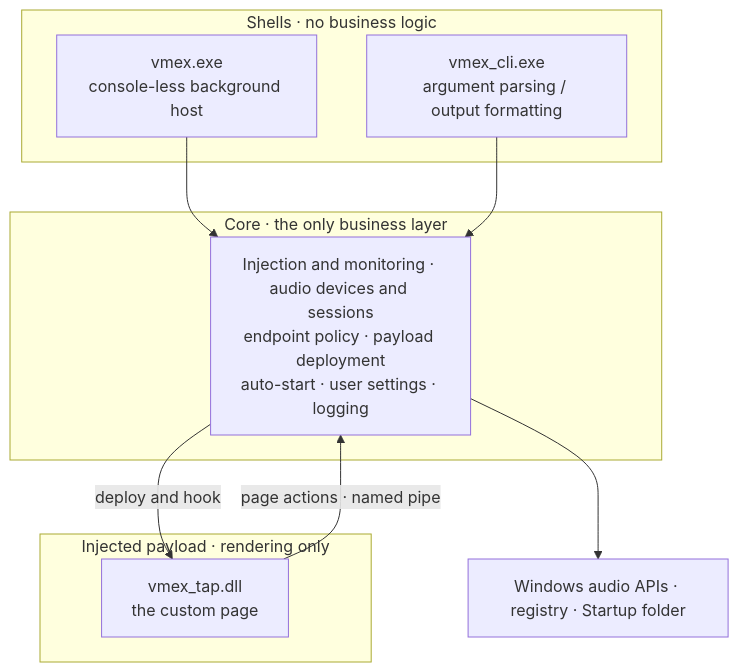
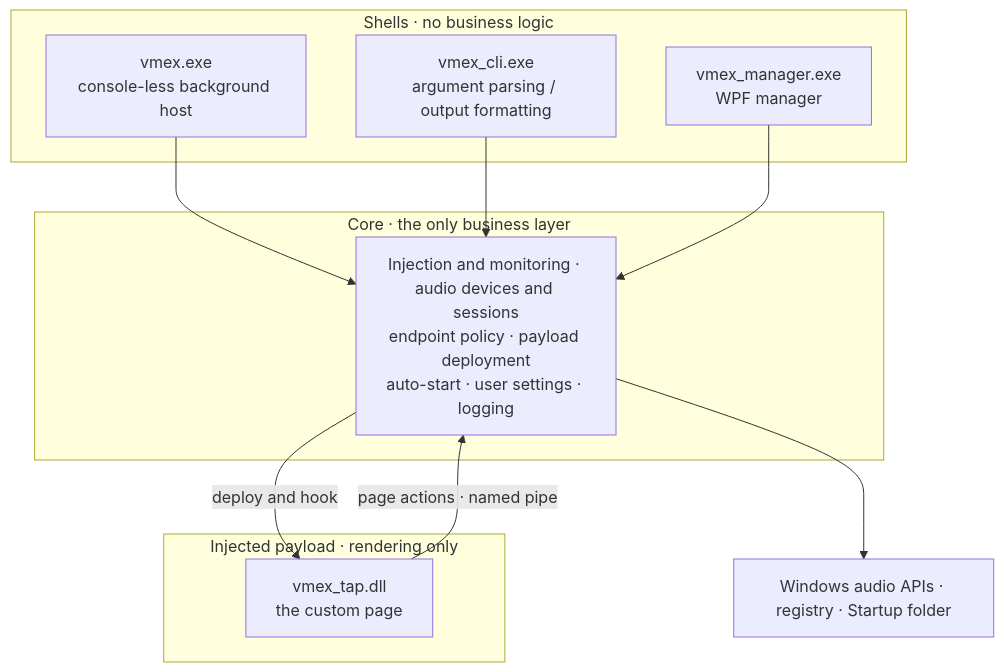
Before and after one commit to EricZhang233/VolumeMixerExtender: the diagram in .github/readme_res/readme_en.md, drawn with Mermaid. The commit also changed other lines of this file and 36 other files, not shown here.

````diff
--- a/.github/readme_res/readme_en.md
+++ b/.github/readme_res/readme_en.md
@@ -148,18 +153,20 @@
 ```mermaid
 flowchart TB
     subgraph Shell["Shells · no business logic"]
         HOST["vmex.exe<br/>console-less background host"]
         CLI["vmex_cli.exe<br/>argument parsing / output formatting"]
+        GUI["vmex_manager.exe<br/>WPF manager"]
     end
     subgraph Core["Core · the only business layer"]
         SVC["Injection and monitoring · audio devices and sessions<br/>endpoint policy · payload deployment<br/>auto-start · user settings · logging"]
     end
     subgraph Payload["Injected payload · rendering only"]
         TAP["vmex_tap.dll<br/>the custom page"]
     end
     HOST --> SVC
     CLI --> SVC
+    GUI --> SVC
     SVC -->|deploy and hook| TAP
     TAP -->|page actions · named pipe| SVC
     SVC --> OS["Windows audio APIs · registry · Startup folder"]
 ```
````
